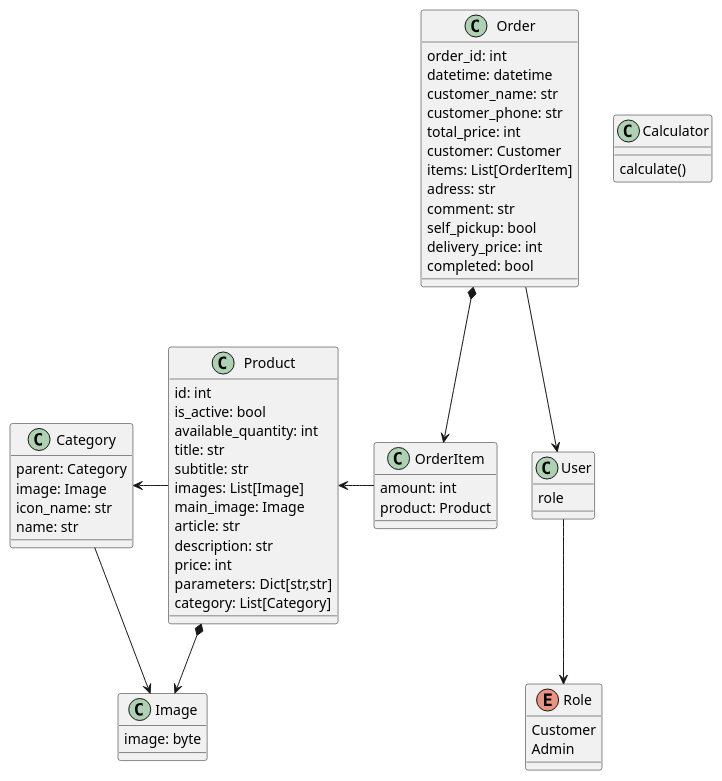
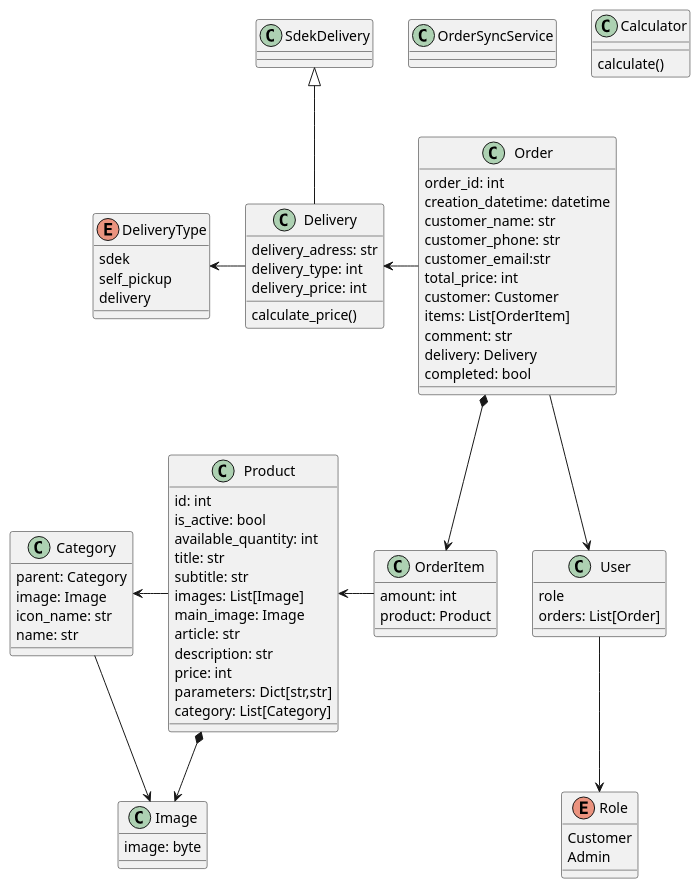
Before and after one commit to Dominus8/e-note.group: the diagram in uml/product.class.wsd, drawn with PlantUML. The commit also changed 4 other files, not shown here.

```diff
--- a/uml/product.class.wsd
+++ b/uml/product.class.wsd
@@ -1,69 +1,92 @@
 class Product{
     id: int
     is_active: bool
     available_quantity: int
     title: str
     subtitle: str
     images: List[Image]
     main_image: Image
     article: str
     description: str
     price: int
     parameters: Dict[str,str]
     category: List[Category]
 }
 
 class Image{
     image: byte
 }
 
 
 class Category{
     parent: Category
     image: Image
     icon_name: str
     name: str
 }
 
 class Order{
     order_id: int
-    datetime: datetime
+    creation_datetime: datetime
     customer_name: str
     customer_phone: str
+    customer_email:str
     total_price: int
     customer: Customer
-    items: List[OrderItem]
-    adress: str
+    items: List[OrderItem]    
     comment: str
-    self_pickup: bool
+    delivery: Delivery
+    completed: bool
+}
+
+class Delivery{
+    delivery_adress: str
+    delivery_type: int
     delivery_price: int
-    completed: bool
+
+    calculate_price()
+}
+
+class SdekDelivery{
+
+}
+
+class OrderSyncService{}
+
+enum DeliveryType{
+    sdek
+    self_pickup
+    delivery
 }
 
 class OrderItem{
     amount: int
     product: Product
 }
 
 class Calculator{
     calculate()
 }
 
 
 
 class User{
     role
+    orders: List[Order]
 }
 
 enum Role{
     Customer
     Admin
 }
 
 User --> Role
 Product -left-> Category
     Category --> Image
 Product *--> Image
 Order --> User
+Order -left-> Delivery
+    Delivery -left-> DeliveryType
+    SdekDelivery <|-- Delivery
 Order *--> OrderItem
     OrderItem -left-> Product
```
